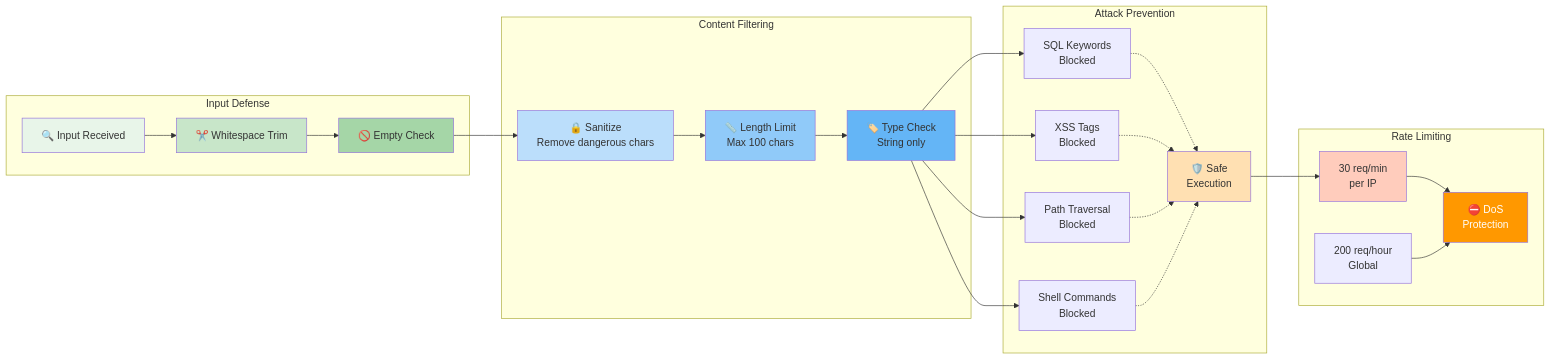
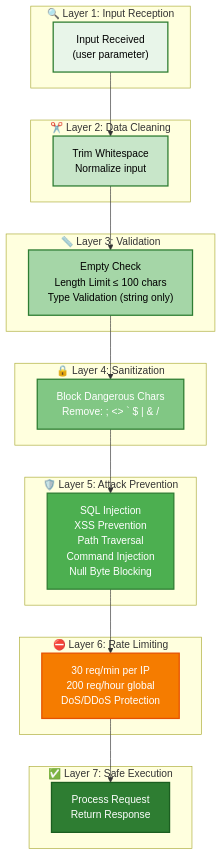
The diagram in docs/SECURITY.md (jim-wyatt/msn-weather-wrapper), drawn with Mermaid before and after one commit.

Commit message:
docs: redesign security defense layers with clearer flow and better colors
- Changed from left-right to top-bottom flow for natural reading direction
- Improved color scheme: Light green → Dark green → Orange → Dark green gradient
- Added 7 distinct layers with clear descriptions
- Shows complete security journey: input → cleaning → validation → sanitization → attack prevention → rate limiting → safe execution
- Much easier to understand the defense-in-depth strategy

````diff
--- a/docs/SECURITY.md
+++ b/docs/SECURITY.md
@@ -23,41 +23,40 @@
 ```mermaid
-graph LR
-    subgraph "Input Defense"
-        A1["🔍 Input Received"] --> A2["✂️ Whitespace Trim"]
-        A2 --> A3["🚫 Empty Check"]
+graph TD
+    subgraph Layer1["🔍 Layer 1: Input Reception"]
+        L1["Input Received<br/>(user parameter)"]
     end
 
-    subgraph "Content Filtering"
-        B1["🔒 Sanitize<br/>Remove dangerous chars"] --> B2["📏 Length Limit<br/>Max 100 chars"]
-        B2 --> B3["🏷️ Type Check<br/>String only"]
+    subgraph Layer2["✂️ Layer 2: Data Cleaning"]
+        L2["Trim Whitespace<br/>Normalize input"]
     end
 
-    subgraph "Attack Prevention"
-        C1["SQL Keywords<br/>Blocked"] -.-> C2["🛡️ Safe<br/>Execution"]
-        C3["XSS Tags<br/>Blocked"] -.-> C2
-        C4["Path Traversal<br/>Blocked"] -.-> C2
-        C5["Shell Commands<br/>Blocked"] -.-> C2
+    subgraph Layer3["📏 Layer 3: Validation"]
+        L3["Empty Check<br/>Length Limit ≤ 100 chars<br/>Type Validation (string only)"]
     end
 
-    subgraph "Rate Limiting"
-        D1["30 req/min<br/>per IP"] --> D2["⛔ DoS<br/>Protection"]
-        E1["200 req/hour<br/>Global"] --> D2
+    subgraph Layer4["🔒 Layer 4: Sanitization"]
+        L4["Block Dangerous Chars<br/>Remove: ; &lt;&gt; ` $ | &amp; /"]
     end
 
-    A3 --> B1
-    B3 --> C1
-    B3 --> C3
-    B3 --> C4
-    B3 --> C5
-    C2 --> D1
+    subgraph Layer5["🛡️ Layer 5: Attack Prevention"]
+        L5["SQL Injection<br/>XSS Prevention<br/>Path Traversal<br/>Command Injection<br/>Null Byte Blocking"]
+    end
 
-    style A1 fill:#e8f5e9
-    style A2 fill:#c8e6c9
-    style A3 fill:#a5d6a7
-    style B1 fill:#bbdefb
-    style B2 fill:#90caf9
-    style B3 fill:#64b5f6
-    style C2 fill:#ffe0b2
-    style D1 fill:#ffccbc
-    style D2 fill:#ff9800,color:#fff
+    subgraph Layer6["⛔ Layer 6: Rate Limiting"]
+        L6["30 req/min per IP<br/>200 req/hour global<br/>DoS/DDoS Protection"]
+    end
+
+    subgraph Layer7["✅ Layer 7: Safe Execution"]
+        L7["Process Request<br/>Return Response"]
+    end
+
+    L1 --> L2 --> L3 --> L4 --> L5 --> L6 --> L7
+
+    style L1 fill:#E8F5E9,stroke:#2E7D32,stroke-width:2px,color:#000
+    style L2 fill:#C8E6C9,stroke:#2E7D32,stroke-width:2px,color:#000
+    style L3 fill:#A5D6A7,stroke:#2E7D32,stroke-width:2px,color:#000
+    style L4 fill:#81C784,stroke:#2E7D32,stroke-width:2px,color:#fff
+    style L5 fill:#4CAF50,stroke:#2E7D32,stroke-width:2px,color:#fff
+    style L6 fill:#F57C00,stroke:#E65100,stroke-width:2px,color:#fff
+    style L7 fill:#2E7D32,stroke:#1B5E20,stroke-width:2px,color:#fff
 ```
````
